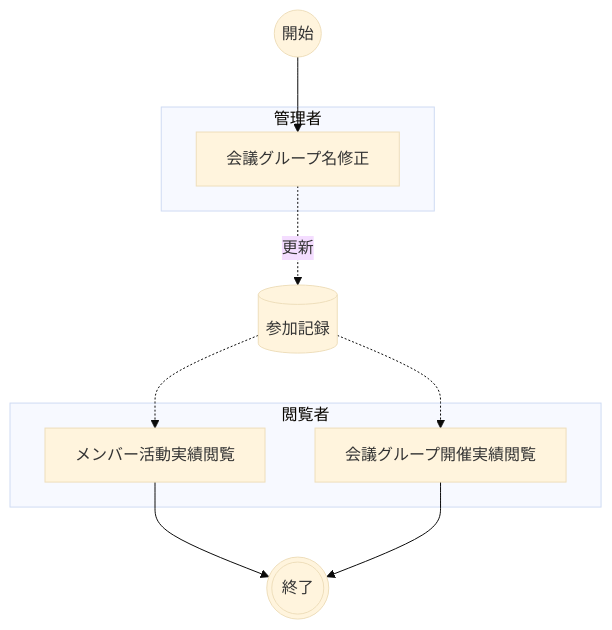
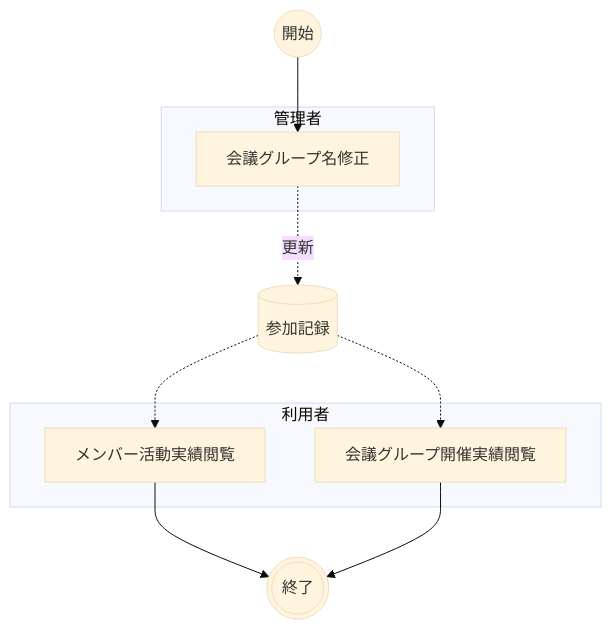
The diagram in docs/02.会議グループ管理/会議グループ管理.md (nuitsjp/teams-board), drawn with Mermaid (base theme) before and after one commit. The commit also changed other lines of this file and 7 other files, not shown here.

````diff
--- a/docs/02.会議グループ管理/会議グループ管理.md
+++ b/docs/02.会議グループ管理/会議グループ管理.md
@@ -18,23 +18,23 @@
 ```mermaid
 flowchart TD
     開始@{ shape: circle, label: "開始" }
     終了(((終了)))
 
     subgraph 管理者
         B01[会議グループ名修正]
     end
 
     DB[(参加記録)]
 
-    subgraph 閲覧者
+    subgraph 利用者
         B02[メンバー活動実績閲覧]
         B03[会議グループ開催実績閲覧]
     end
 
     開始 --> B01
     B01 -.更新.-> DB
     DB -.-> B02
     DB -.-> B03
     B02 --> 終了
     B03 --> 終了
 ```
````
